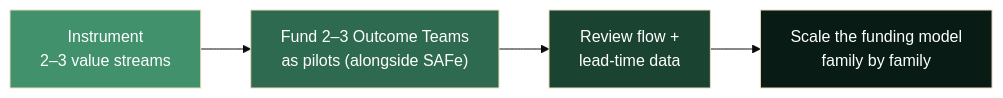
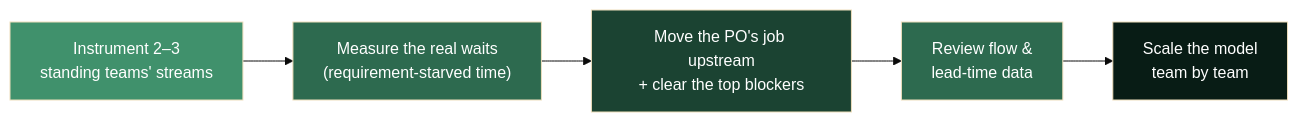
The third of 3 diagrams in docs/executive-summary.md (RED-Internal-Development/delivery-operating-model), drawn with Mermaid (base theme) before and after one commit. The commit also changed other lines of this file and 1 other file, not shown here.

Commit message:
docs: reframe executive summary around the new operating model and upstream blockers; relabel funding node in glance

````diff
--- a/docs/executive-summary.md
+++ b/docs/executive-summary.md
@@ -57,11 +86,13 @@
 ```mermaid
 flowchart LR
-    A["Instrument<br/>2–3 value streams"] --> B["Fund 2–3 Outcome Teams<br/>as pilots (alongside SAFe)"]
-    B --> C["Review flow +<br/>lead-time data"]
-    C --> D["Scale the funding model<br/>family by family"]
+    A["Instrument 2–3<br/>standing teams' streams"] --> B["Measure the real waits<br/>(requirement-starved time)"]
+    B --> C["Move the PO's job upstream<br/>+ clear the top blockers"]
+    C --> D["Review flow &<br/>lead-time data"]
+    D --> E["Scale the model<br/>team by team"]
 
     style A fill:#40916c,color:#fff
     style B fill:#2d6a4f,color:#fff
     style C fill:#1b4332,color:#fff
-    style D fill:#081c15,color:#fff
+    style D fill:#2d6a4f,color:#fff
+    style E fill:#081c15,color:#fff
 ```
````
